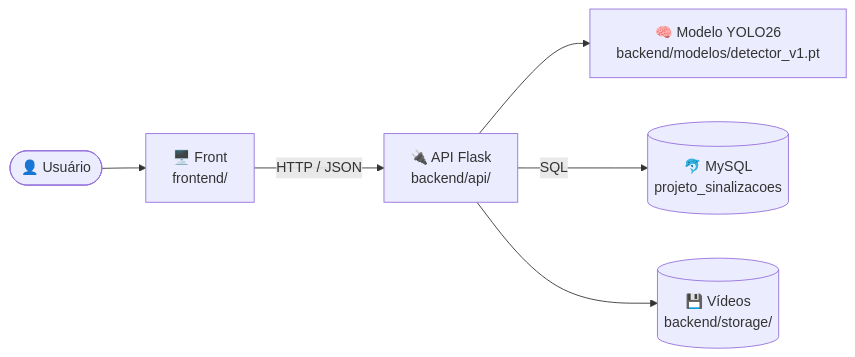
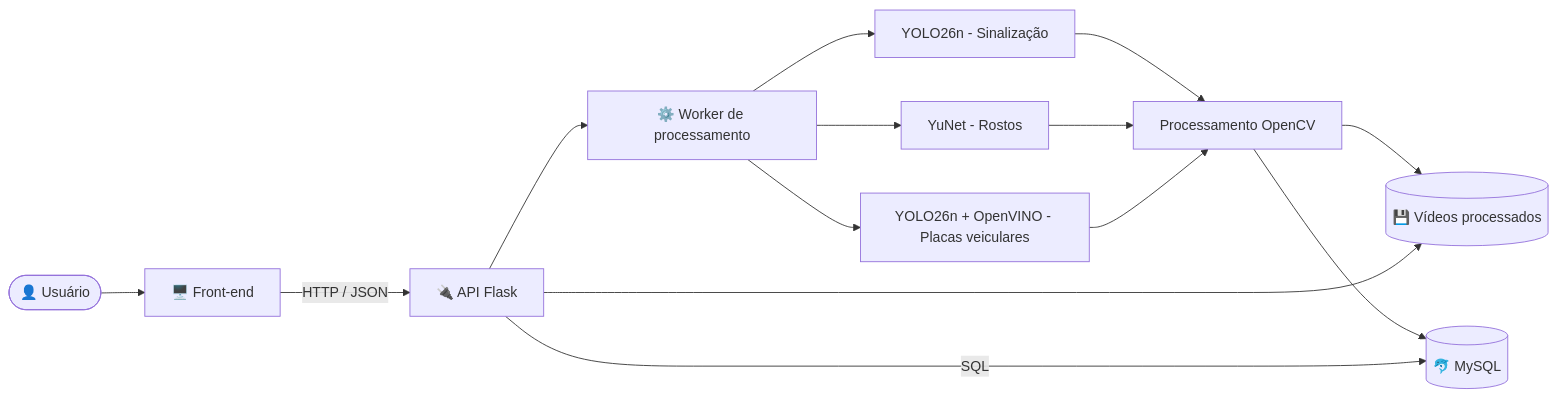
One commit to claratarga/Projeto-Integrador changed the diagram in README.md. Above: the diagram before and after it, drawn with Mermaid. The commit also changed other lines of this file and 7 other files, not shown here.

Commit message:
Implementa anonimizacao de rostos e placas veiculares com YuNet e YOLO26n OpenVINO

````diff
--- a/README.md
+++ b/README.md
@@ -30,8 +33,19 @@
 ```mermaid
 flowchart LR
-    U(["👤 Usuário"]) --> F["🖥️ Front<br/>frontend/"]
-    F -- "HTTP / JSON" --> A["🔌 API Flask<br/>backend/api/"]
-    A --> M["🧠 Modelo YOLO26<br/>backend/modelos/detector_v1.pt"]
-    A -- SQL --> D[("🐬 MySQL<br/>projeto_sinalizacoes")]
-    A --> S[("💾 Vídeos<br/>backend/storage/")]
+    U(["👤 Usuário"]) --> F["🖥️ Front-end"]
+    F -- "HTTP / JSON" --> A["🔌 API Flask"]
+    A --> W["⚙️ Worker de processamento"]
+
+    W --> M["YOLO26n - Sinalização"]
+    W --> R["YuNet - Rostos"]
+    W --> P["YOLO26n + OpenVINO - Placas veiculares"]
+
+    M --> V["Processamento OpenCV"]
+    R --> V
+    P --> V
+
+    V --> S[("💾 Vídeos processados")]
+    V --> D[("🐬 MySQL")]
+    A -- SQL --> D
+    A --> S
 ```
````
